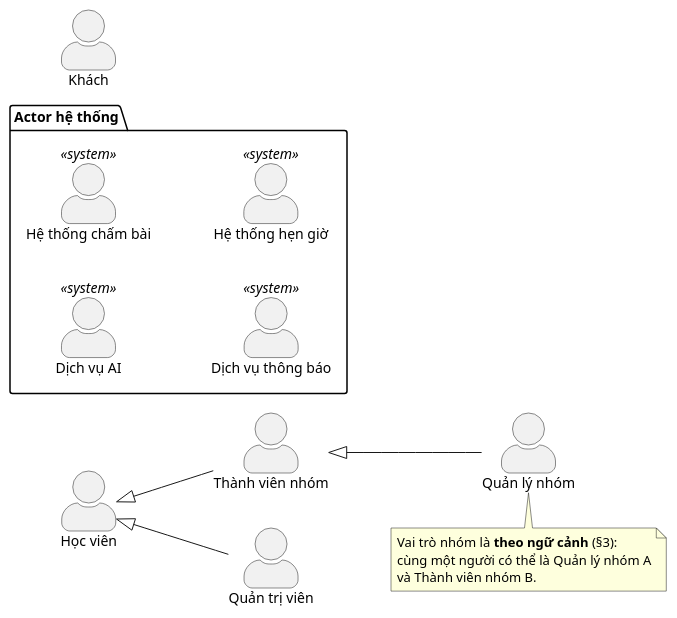
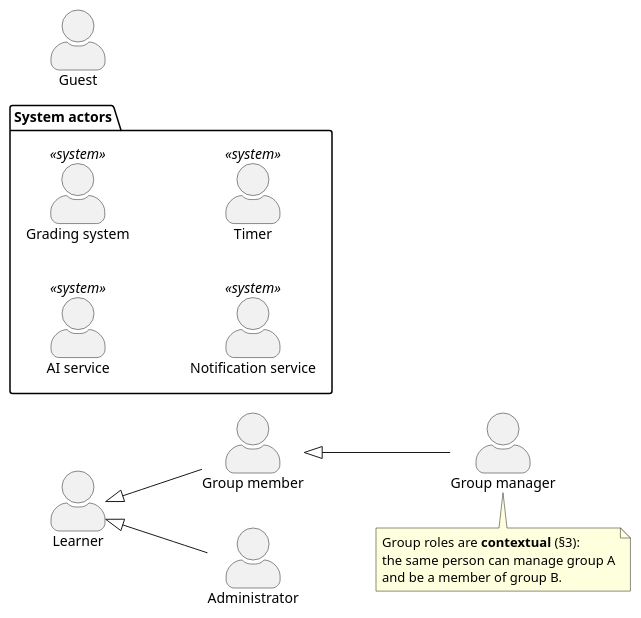
One commit to codementor-official/codementor-infra changed the diagram in docs/06-actors.md. Above: the diagram before and after it, drawn with PlantUML. The commit also changed other lines of this file and 16 other files, not shown here.

First line of the commit message:
docs: English README, use-case docs and diagrams

````diff
--- a/docs/06-actors.md
+++ b/docs/06-actors.md
@@ -36,29 +37,29 @@
 ```plantuml
 @startuml actor-hierarchy
 skinparam actorStyle awesome
 left to right direction
 
-actor "Khách" as Guest
-actor "Học viên" as Learner
-actor "Thành viên nhóm" as GMember
-actor "Quản lý nhóm" as GManager
-actor "Quản trị viên" as Admin
+actor "Guest" as Guest
+actor "Learner" as Learner
+actor "Group member" as GMember
+actor "Group manager" as GManager
+actor "Administrator" as Admin
 
 Learner <|-- GMember
 GMember <|-- GManager
 Learner <|-- Admin
 
-package "Actor hệ thống" {
-  actor "Dịch vụ AI" as AI <<system>>
-  actor "Hệ thống chấm bài" as Judge <<system>>
-  actor "Dịch vụ thông báo" as Notify <<system>>
-  actor "Hệ thống hẹn giờ" as Timer <<system>>
+package "System actors" {
+  actor "AI service" as AI <<system>>
+  actor "Grading system" as Judge <<system>>
+  actor "Notification service" as Notify <<system>>
+  actor "Timer" as Timer <<system>>
 }
 
 note bottom of GManager
-  Vai trò nhóm là **theo ngữ cảnh** (§3):
-  cùng một người có thể là Quản lý nhóm A
-  và Thành viên nhóm B.
+  Group roles are **contextual** (§3):
+  the same person can manage group A
+  and be a member of group B.
 end note
 @enduml
 ```
````
